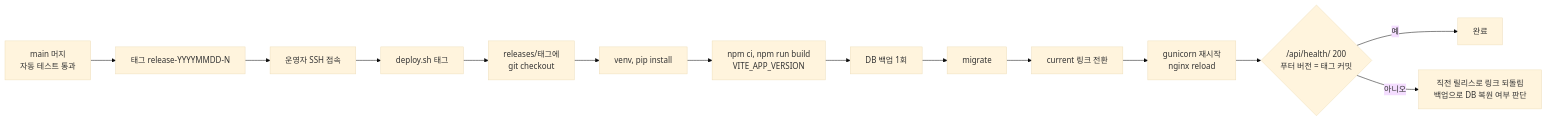
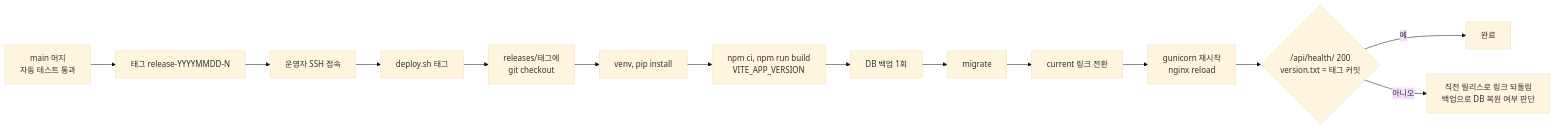
The second of 2 diagrams in docs/specs/sdd/10-deployment.md (seren-wib/coffee-shop), drawn with Mermaid (base theme) before and after one commit. The commit also changed other lines of this file and 33 other files, not shown here.

````diff
--- a/docs/specs/sdd/10-deployment.md
+++ b/docs/specs/sdd/10-deployment.md
@@ -102,16 +102,16 @@
 ```mermaid
 flowchart LR
   A[main 머지<br>자동 테스트 통과] --> B[태그 release-YYYYMMDD-N]
   B --> C[운영자 SSH 접속]
   C --> D[deploy.sh 태그]
   D --> E[releases/태그에<br>git checkout]
   E --> F[venv, pip install]
   F --> G[npm ci, npm run build<br>VITE_APP_VERSION]
   G --> H[DB 백업 1회]
   H --> I[migrate]
   I --> J[current 링크 전환]
   J --> K[gunicorn 재시작<br>nginx reload]
-  K --> L{/api/health/ 200<br>푸터 버전 = 태그 커밋}
+  K --> L{/api/health/ 200<br>version.txt = 태그 커밋}
   L -- 예 --> M[완료]
   L -- 아니오 --> N[직전 릴리스로 링크 되돌림<br>백업으로 DB 복원 여부 판단]
 ```
````
